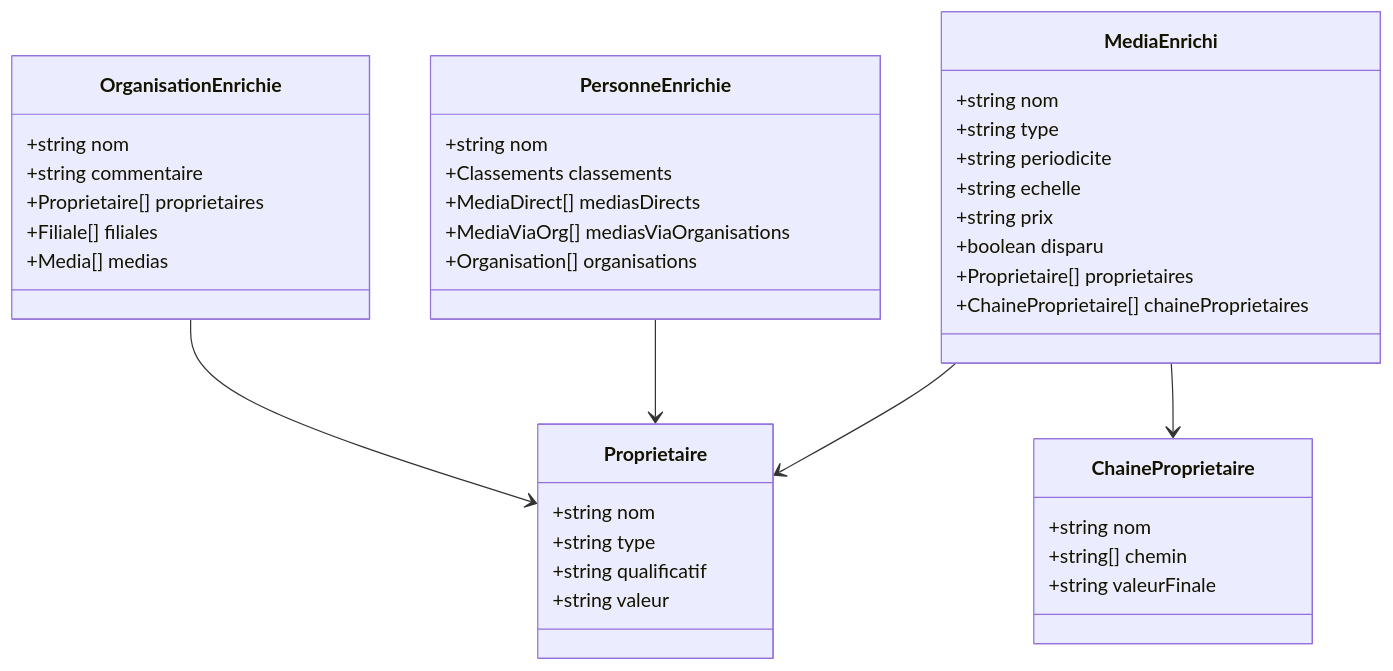
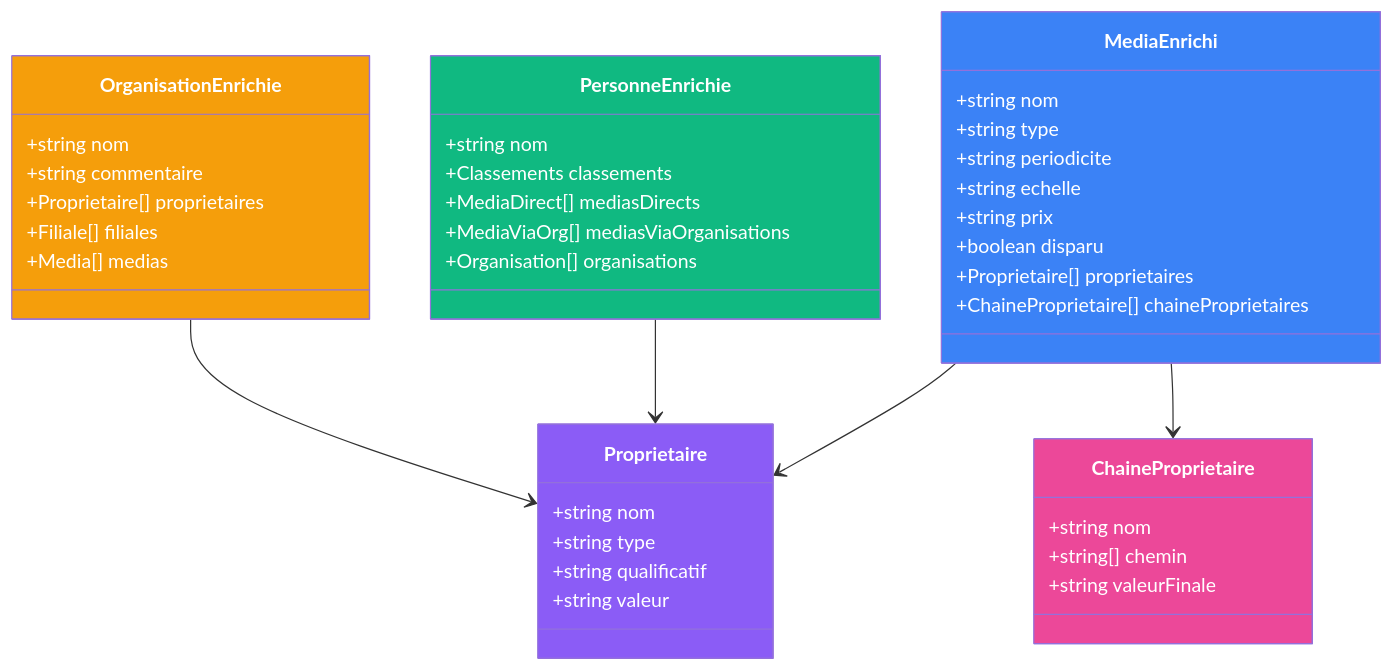
One commit to cedric-famibelle-pronzola/medias-francais-api changed the fourth of 14 diagrams in docs/diagrams.md. Above: the diagram before and after it, drawn with Mermaid. The commit also changed other lines of this file, not shown here.

Commit message:
docs: improve mermaid styles

````diff
--- a/docs/diagrams.md
+++ b/docs/diagrams.md
@@ -155,47 +190,53 @@
 ```mermaid
 classDiagram
     class MediaEnrichi {
         +string nom
         +string type
         +string periodicite
         +string echelle
         +string prix
         +boolean disparu
         +Proprietaire[] proprietaires
         +ChaineProprietaire[] chaineProprietaires
     }
 
     class PersonneEnrichie {
         +string nom
         +Classements classements
         +MediaDirect[] mediasDirects
         +MediaViaOrg[] mediasViaOrganisations
         +Organisation[] organisations
     }
 
     class OrganisationEnrichie {
         +string nom
         +string commentaire
         +Proprietaire[] proprietaires
         +Filiale[] filiales
         +Media[] medias
     }
 
     class Proprietaire {
         +string nom
         +string type
         +string qualificatif
         +string valeur
     }
 
     class ChaineProprietaire {
         +string nom
         +string[] chemin
         +string valeurFinale
     }
 
     MediaEnrichi --> Proprietaire
     MediaEnrichi --> ChaineProprietaire
     PersonneEnrichie --> Proprietaire
     OrganisationEnrichie --> Proprietaire
+
+    style MediaEnrichi fill:#3b82f6,color:#fff
+    style PersonneEnrichie fill:#10b981,color:#fff
+    style OrganisationEnrichie fill:#f59e0b,color:#fff
+    style Proprietaire fill:#8b5cf6,color:#fff
+    style ChaineProprietaire fill:#ec4899,color:#fff
 ```
````
